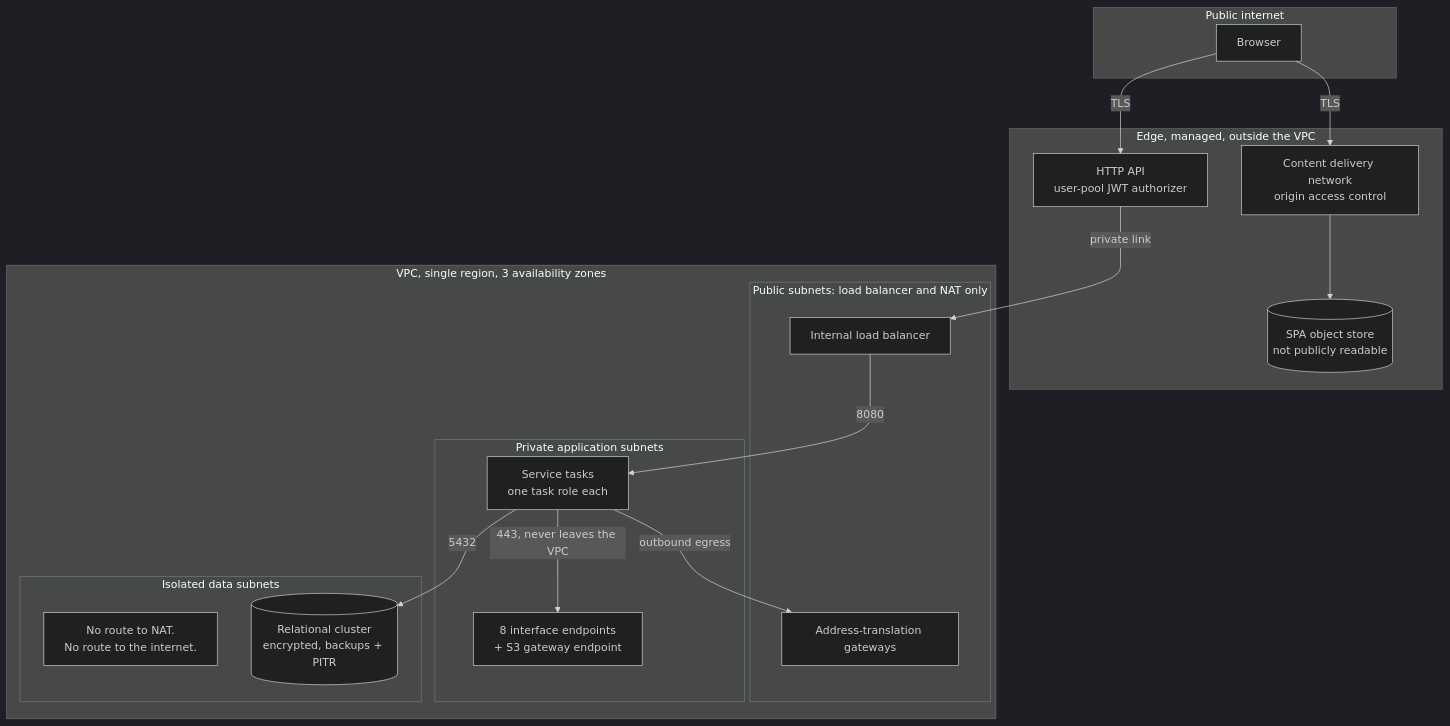
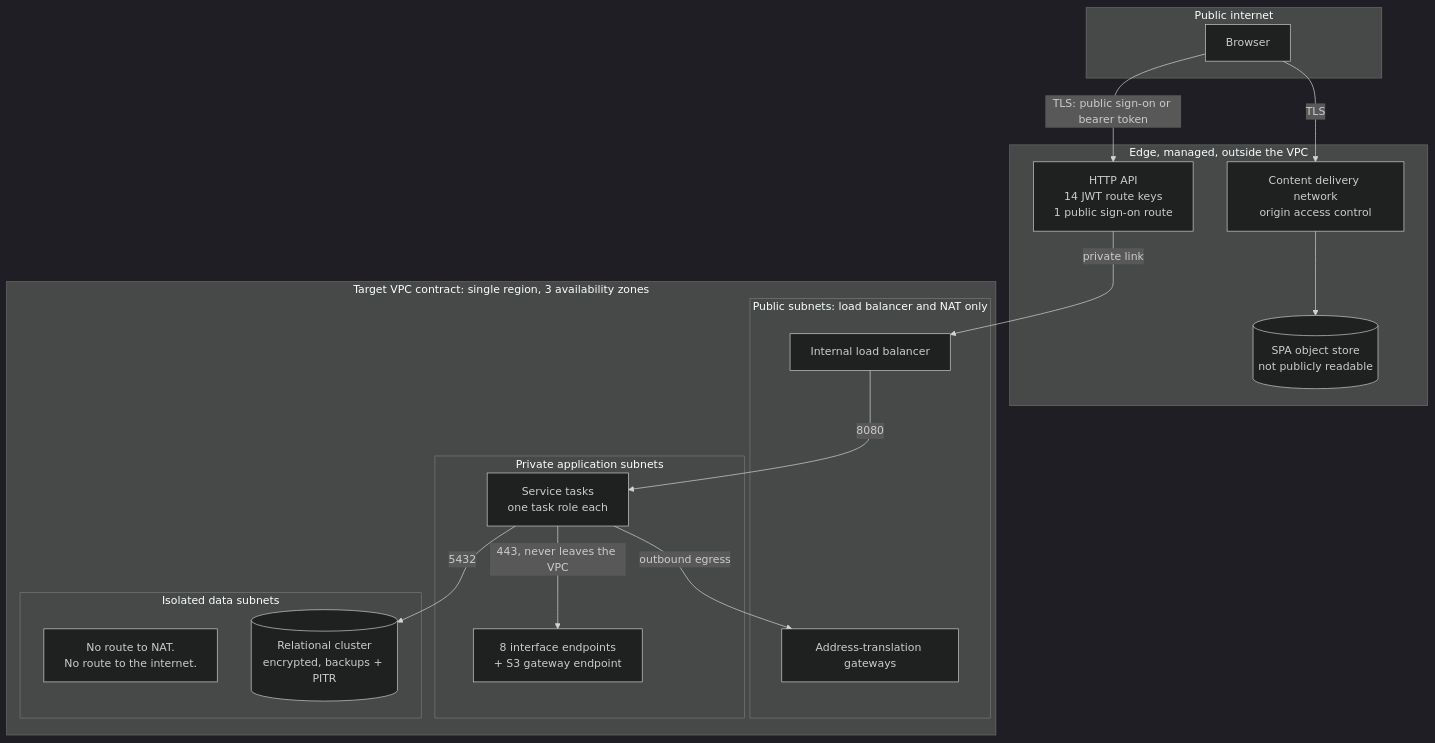
Before and after one commit to Blitzy-LocalStack/aws-mainframe-modernization-carddemo: the diagram in docs/architecture/security-and-identity.md, drawn with Mermaid (dark theme). The commit also changed other lines of this file and 319 other files, not shown here.

````diff
--- a/docs/architecture/security-and-identity.md
+++ b/docs/architecture/security-and-identity.md
@@ -712,44 +837,41 @@
 ```mermaid
 graph TB
     subgraph internet["Public internet"]
         BR["Browser"]
     end
 
     subgraph edge["Edge, managed, outside the VPC"]
-        API["HTTP API<br/>user-pool JWT authorizer"]
+        API["HTTP API<br/>14 JWT route keys<br/>1 public sign-on route"]
         CF["Content delivery network<br/>origin access control"]
         SPA[("SPA object store<br/>not publicly readable")]
         CF --> SPA
     end
 
-    subgraph vpc["VPC, single region, 3 availability zones"]
+    subgraph vpc["Target VPC contract: single region, 3 availability zones"]
         subgraph pub["Public subnets: load balancer and NAT only"]
             ALB["Internal load balancer"]
             NAT["Address-translation gateways"]
         end
         subgraph app["Private application subnets"]
             TASK["Service tasks<br/>one task role each"]
             VPCE["8 interface endpoints<br/>+ S3 gateway endpoint"]
         end
         subgraph data["Isolated data subnets"]
             NOROUTE["No route to NAT.<br/>No route to the internet."]
             DB[("Relational cluster<br/>encrypted, backups + PITR")]
         end
     end
 
-    BR -->|TLS| API
+    BR -->|"TLS: public sign-on or bearer token"| API
     BR -->|TLS| CF
     API -->|"private link"| ALB
     ALB -->|"8080"| TASK
     TASK -->|"5432"| DB
     TASK -->|"443, never leaves the VPC"| VPCE
     TASK -->|"outbound egress"| NAT
-%% Every drawn edge is a path that EXISTS and is encrypted. The security statement of
-%% this diagram is an ABSENCE: no edge leaves the isolated data subnets, upward or
-%% otherwise, so the data tier has no egress path at all. An earlier revision drew
-%% that absence as a dashed "no route exists" edge from the cluster to the NAT
-%% gateways; it was removed because a rendered arrow reads as a path that exists, and
-%% the %% comment disclaiming it is invisible in every Markdown renderer. The
-%% contrast is carried instead by the application tier's egress edge to NAT, which
-%% the data tier conspicuously lacks.
+%% This is the TARGET connectivity contract, not a delivered-state diagram: the
+%% network module currently has no resource graph. The security statement is an
+%% intended ABSENCE -- no edge leaves the isolated data subnets. It is represented by
+%% omitting an edge rather than drawing a dashed "no route" arrow, because a rendered
+%% arrow would still read as a path that exists.
 ```
````
